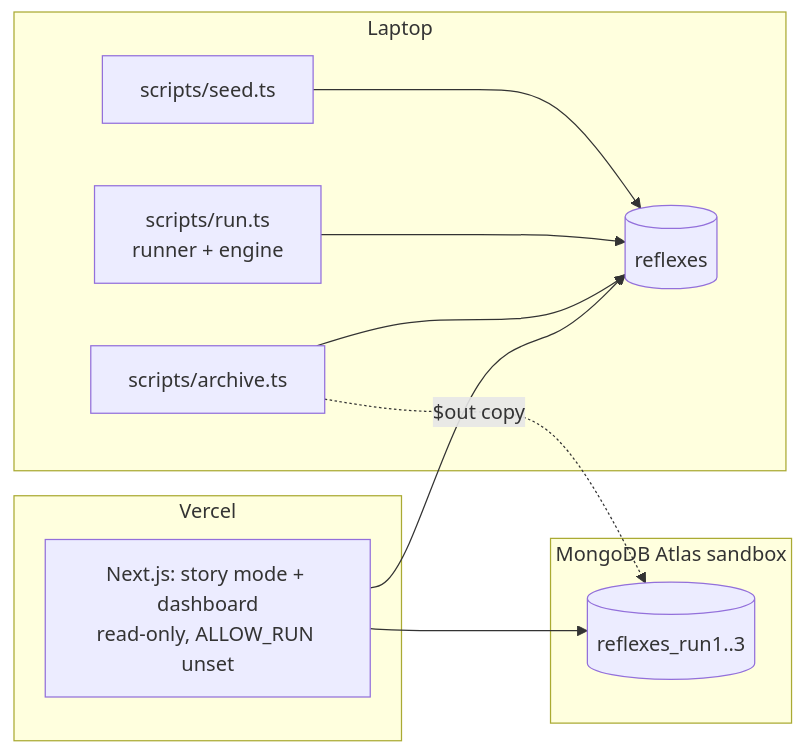
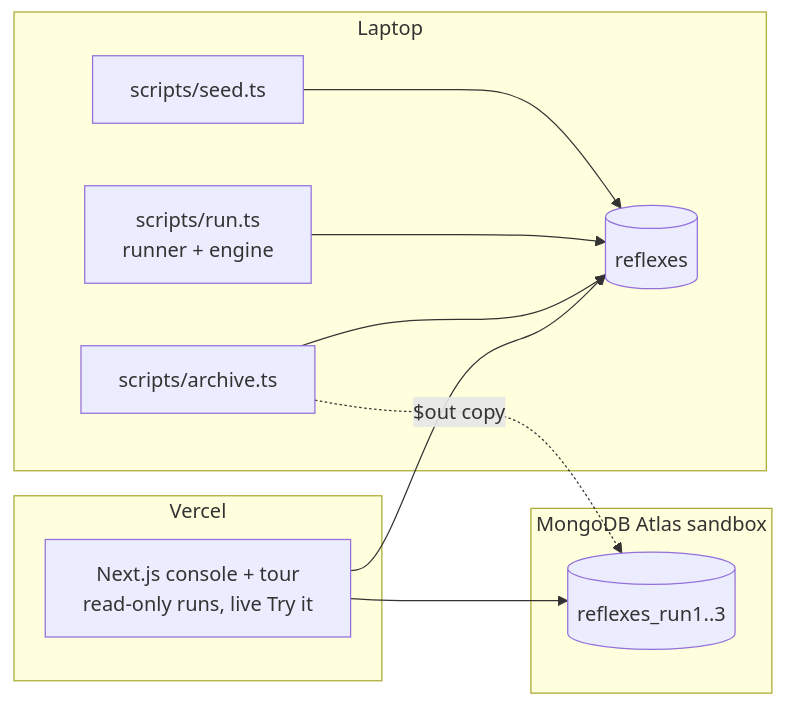
One commit to Amey771/reflexes changed the fourth of 4 diagrams in docs/HLD.md. Above: the diagram before and after it, drawn with Mermaid. The commit also changed other lines of this file and 3 other files, not shown here.

````diff
--- a/docs/HLD.md
+++ b/docs/HLD.md
@@ -116,18 +116,18 @@
 ```mermaid
 flowchart LR
   subgraph Laptop
     SEED[scripts/seed.ts] --> DB
     RUN[scripts/run.ts<br/>runner + engine] --> DB
     ARC[scripts/archive.ts] --> DB
   end
   subgraph Atlas[MongoDB Atlas sandbox]
     DB[(reflexes)]
     ARCH[(reflexes_run1..3)]
   end
   ARC -. $out copy .-> ARCH
   subgraph Vercel
-    APP[Next.js: story mode + dashboard<br/>read-only, ALLOW_RUN unset]
+    APP[Next.js console + tour<br/>read-only runs, live Try it]
   end
   APP --> DB
   APP --> ARCH
 ```
````
